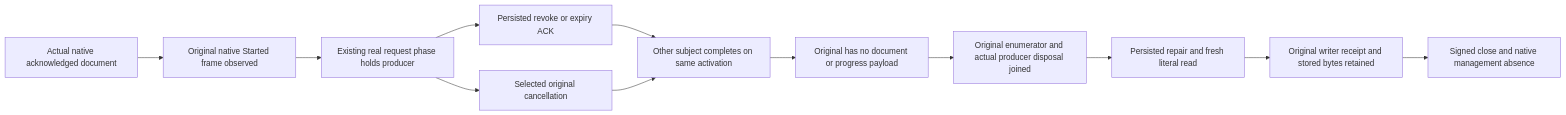
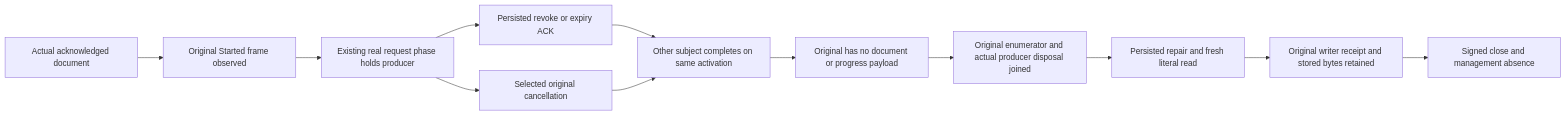
Before and after one commit to managedcode/KeyLoad: the diagram in docs/Features/Authorization/StartedReadCurrentPolicy.md, drawn with Mermaid. The commit also changed other lines of this file and 9016 other files, not shown here.

````diff
--- a/docs/Features/Authorization/StartedReadCurrentPolicy.md
+++ b/docs/Features/Authorization/StartedReadCurrentPolicy.md
@@ -21,14 +21,14 @@
 ```mermaid
 flowchart LR
- Seed[Actual native acknowledged document] --> Started[Original native Started frame observed]
+ Seed[Actual acknowledged document] --> Started[Original Started frame observed]
  Started --> Hold[Existing real request phase holds producer]
  Hold --> Policy[Persisted revoke or expiry ACK]
  Hold --> Cancel[Selected original cancellation]
  Policy --> Sibling[Other subject completes on same activation]
  Cancel --> Sibling
  Sibling --> Denied[Original has no document or progress payload]
  Denied --> Join[Original enumerator and actual producer disposal joined]
  Join --> Repair[Persisted repair and fresh literal read]
  Repair --> Replay[Original writer receipt and stored bytes retained]
- Replay --> Close[Signed close and native management absence]
+ Replay --> Close[Signed close and management absence]
 ```
````
